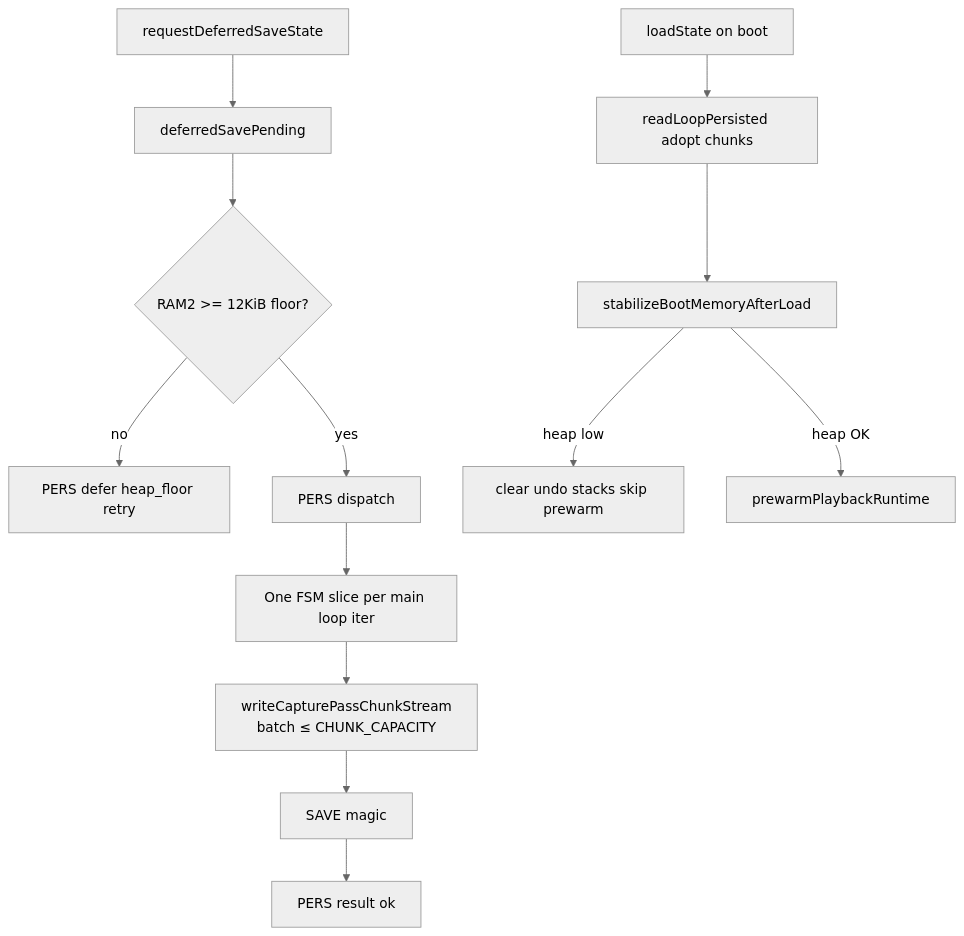
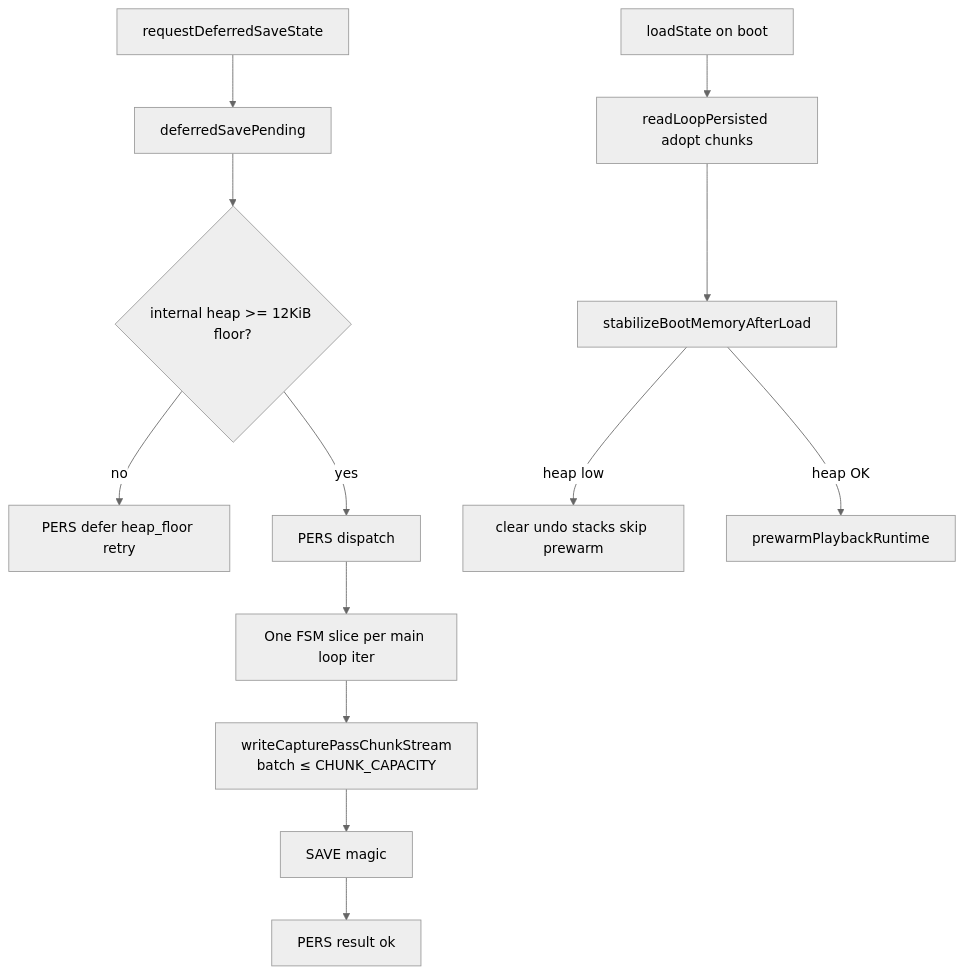
Before and after one commit to Lytrix/MidiLooper: the fourth of 4 diagrams in docs/plans/record_overdub_memory_display_timeline_enhancement.md, drawn with Mermaid (neutral theme). The commit also changed other lines of this file and 47 other files, not shown here.

````diff
--- a/docs/plans/record_overdub_memory_display_timeline_enhancement.md
+++ b/docs/plans/record_overdub_memory_display_timeline_enhancement.md
@@ -200,16 +200,16 @@
 ```mermaid
 flowchart TB
   req[requestDeferredSaveState] --> pending[deferredSavePending]
-  pending --> admit{RAM2 >= 12KiB floor?}
+  pending --> admit{internal heap >= 12KiB floor?}
   admit -->|no| defer[PERS defer heap_floor retry]
   admit -->|yes| dispatch[PERS dispatch]
   dispatch --> slices[One FSM slice per main loop iter]
   slices --> chunkWrite["writeCapturePassChunkStream\nbatch ≤ CHUNK_CAPACITY"]
   chunkWrite --> footer[SAVE magic]
   footer --> ok[PERS result ok]
 
   load[loadState on boot] --> readChunks[readLoopPersisted adopt chunks]
   readChunks --> stabilize[stabilizeBootMemoryAfterLoad]
   stabilize -->|heap low| clearUndo[clear undo stacks skip prewarm]
   stabilize -->|heap OK| prewarm[prewarmPlaybackRuntime]
 ```
````
